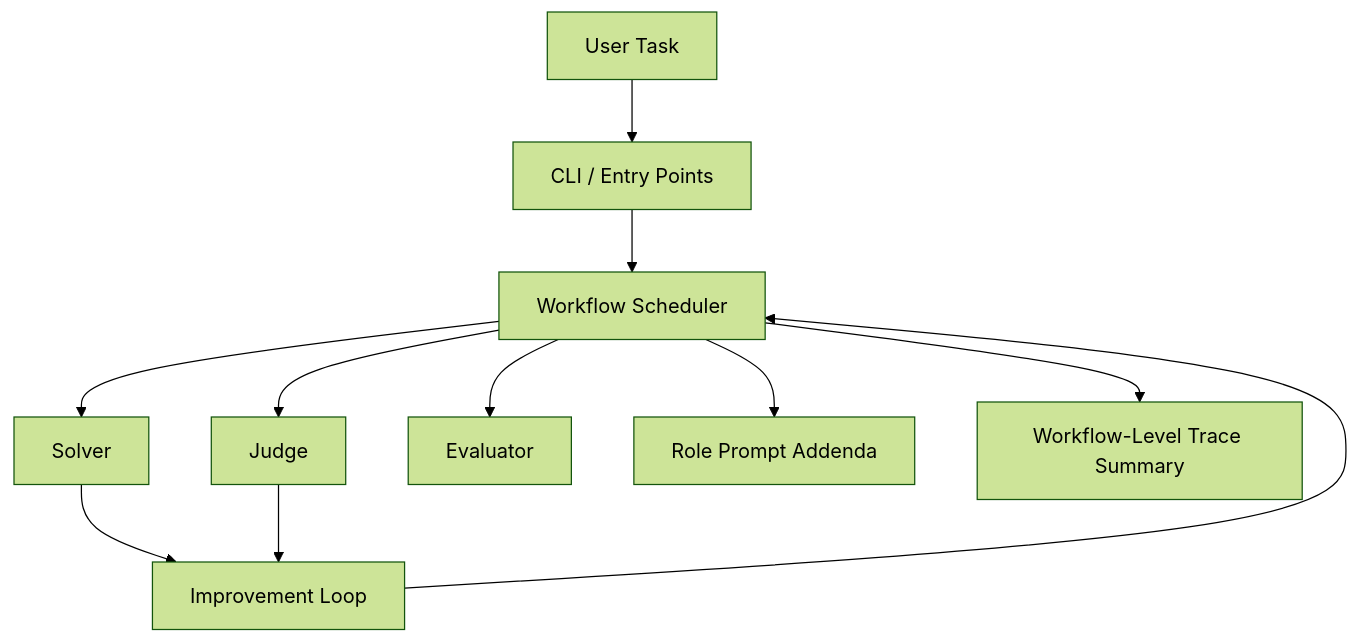
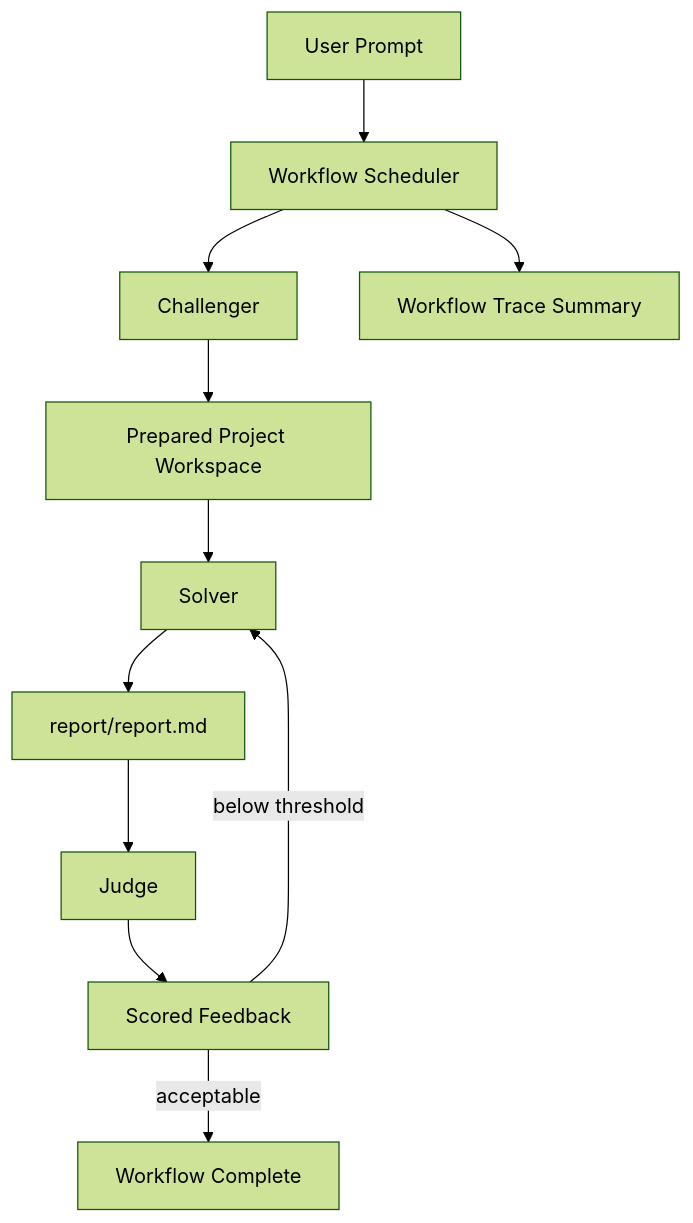
The first of 2 diagrams in README.md (InternScience/MarkScientist), drawn with Mermaid (forest theme) before and after one commit. The commit also changed other lines of this file and 25 other files, not shown here.

Commit message:
Refactor MarkScientist into challenger solver judge workflow

````diff
--- a/README.md
+++ b/README.md
@@ -88,13 +89,13 @@
 ```mermaid
 flowchart TD
-    U[User Task] --> CLI[CLI / Entry Points]
-    CLI --> WF[Workflow Scheduler]
-    WF --> S[Solver]
-    WF --> J[Judge]
-    WF --> E[Evaluator]
-    S --> IL[Improvement Loop]
-    J --> IL
-    IL --> WF
-    WF --> RP[Role Prompt Addenda]
-    WF --> WR[Workflow-Level Trace Summary]
+    U[User Prompt] --> WF[Workflow Scheduler]
+    WF --> C[Challenger]
+    C --> P[Prepared Project Workspace]
+    P --> S[Solver]
+    S --> R[report/report.md]
+    R --> J[Judge]
+    J --> F[Scored Feedback]
+    F -->|below threshold| S
+    F -->|acceptable| DONE[Workflow Complete]
+    WF --> T[Workflow Trace Summary]
 ```
````
